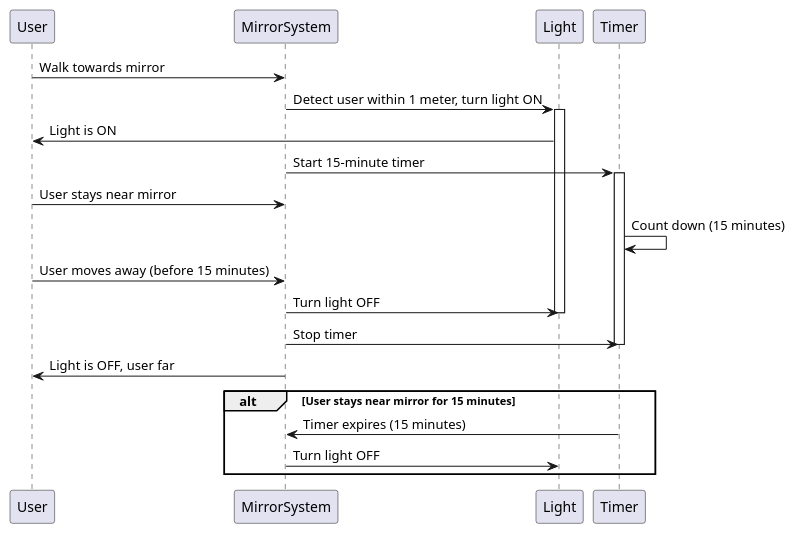
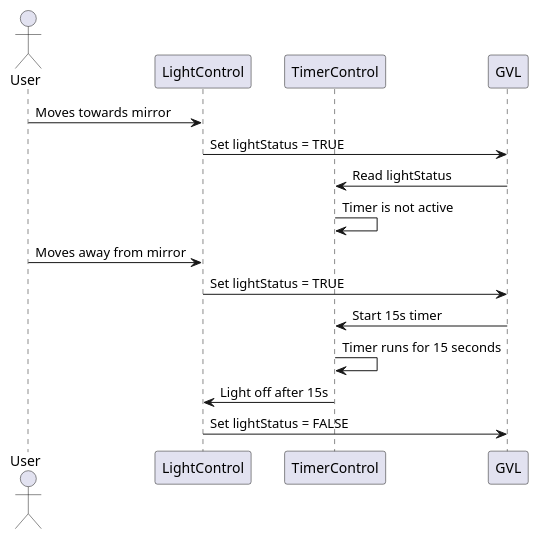
The diagram in src/chapter_3.md (xinhailing/Individual_Sequence_Diagram_Yaya), drawn with PlantUML before and after one commit. The commit also changed other lines of this file and 5 other files, not shown here.

Commit message:
Create sequence diagram for calling the function of Check Distance

````diff
--- a/src/chapter_3.md
+++ b/src/chapter_3.md
@@ -2,33 +2,23 @@
 ```plantuml
 @startuml
-participant User
-participant MirrorSystem
-participant Light
-participant Timer
+actor User
+participant LightControl
+participant TimerControl
+participant GVL
 
-User -> MirrorSystem: Walk towards mirror
-MirrorSystem -> Light: Detect user within 1 meter, turn light ON
-activate Light
-Light -> User: Light is ON
-MirrorSystem -> Timer: Start 15-minute timer
-activate Timer
+User -> LightControl: Moves towards mirror
+LightControl -> GVL: Set lightStatus = TRUE
+GVL -> TimerControl: Read lightStatus
+TimerControl -> TimerControl: Timer is not active
 
-User -> MirrorSystem: User stays near mirror
-Timer -> Timer: Count down (15 minutes)
+User -> LightControl: Moves away from mirror
+LightControl -> GVL: Set lightStatus = TRUE
+GVL -> TimerControl: Start 15s timer
+TimerControl -> TimerControl: Timer runs for 15 seconds
 
-User -> MirrorSystem: User moves away (before 15 minutes)
-MirrorSystem -> Light: Turn light OFF
-deactivate Light
-MirrorSystem -> Timer: Stop timer
-deactivate Timer
-MirrorSystem -> User: Light is OFF, user far
-
-alt User stays near mirror for 15 minutes
-    Timer -> MirrorSystem: Timer expires (15 minutes)
-    MirrorSystem -> Light: Turn light OFF
-    deactivate Light
-end
-
+TimerControl -> LightControl: Light off after 15s
+LightControl -> GVL: Set lightStatus = FALSE
 @enduml
 
+
 ```
````
